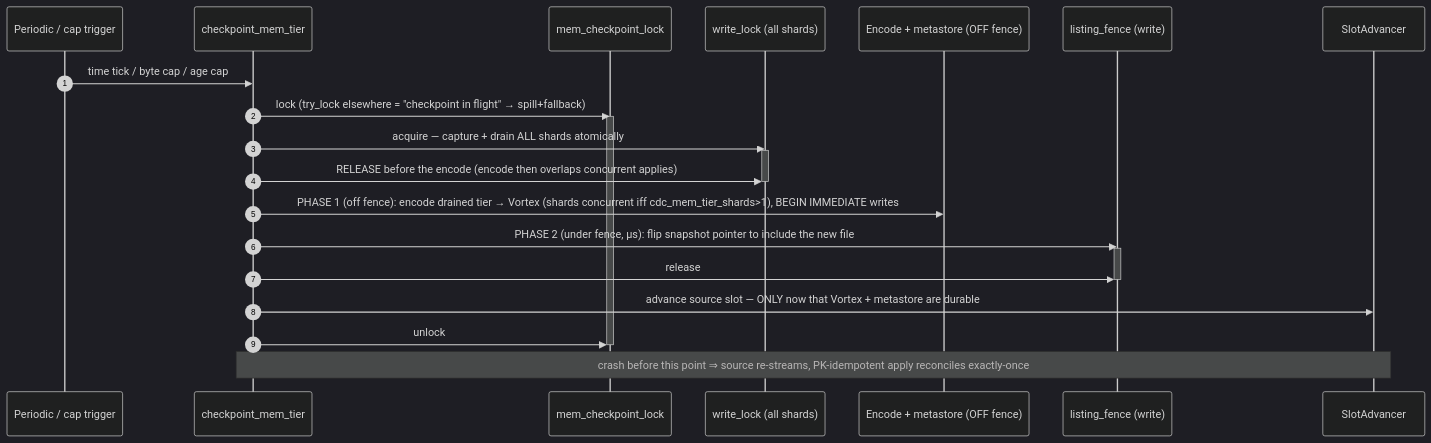
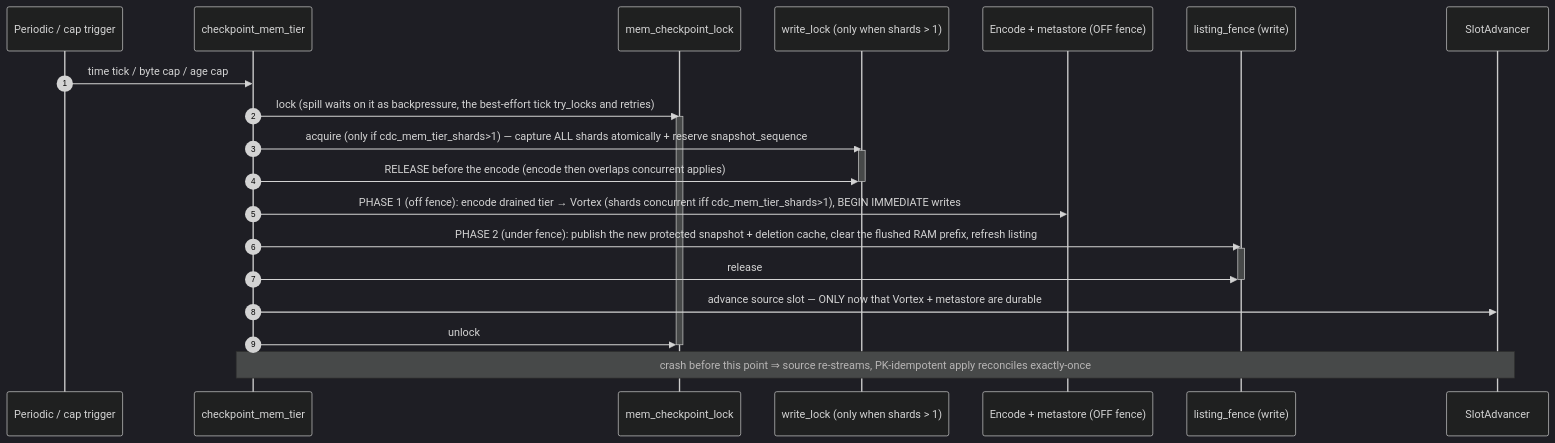
One commit to spiceai/spiceai changed diagram 17 of 22 in docs/cayenne/cayenne.md. Above: the diagram before and after it, drawn with Mermaid (dark theme). The commit also changed other lines of this file and 3 other files, not shown here.

````diff
--- a/docs/cayenne/cayenne.md
+++ b/docs/cayenne/cayenne.md
@@ -1036,28 +1040,28 @@
 ```mermaid
 sequenceDiagram
     autonumber
     participant T as Periodic / cap trigger
     participant CK as checkpoint_mem_tier
     participant MCL as mem_checkpoint_lock
-    participant WL as write_lock (all shards)
+    participant WL as write_lock (only when shards > 1)
     participant ENC as Encode + metastore (OFF fence)
     participant LF as listing_fence (write)
     participant SA as SlotAdvancer
 
     T->>CK: time tick / byte cap / age cap
-    CK->>MCL: lock (try_lock elsewhere = "checkpoint in flight" → spill+fallback)
+    CK->>MCL: lock (spill waits on it as backpressure, the best-effort tick try_locks and retries)
     activate MCL
-    CK->>WL: acquire — capture + drain ALL shards atomically
+    CK->>WL: acquire (only if cdc_mem_tier_shards>1) — capture ALL shards atomically + reserve snapshot_sequence
     activate WL
     CK->>WL: RELEASE before the encode (encode then overlaps concurrent applies)
     deactivate WL
     CK->>ENC: PHASE 1 (off fence): encode drained tier → Vortex (shards concurrent iff cdc_mem_tier_shards>1), BEGIN IMMEDIATE writes
-    CK->>LF: PHASE 2 (under fence, µs): flip snapshot pointer to include the new file
+    CK->>LF: PHASE 2 (under fence): publish the new protected snapshot + deletion cache, clear the flushed RAM prefix, refresh listing
     activate LF
     CK->>LF: release
     deactivate LF
     CK->>SA: advance source slot — ONLY now that Vortex + metastore are durable
     CK->>MCL: unlock
     deactivate MCL
     Note over CK,SA: crash before this point ⇒ source re-streams, PK-idempotent apply reconciles exactly-once
 ```
````
